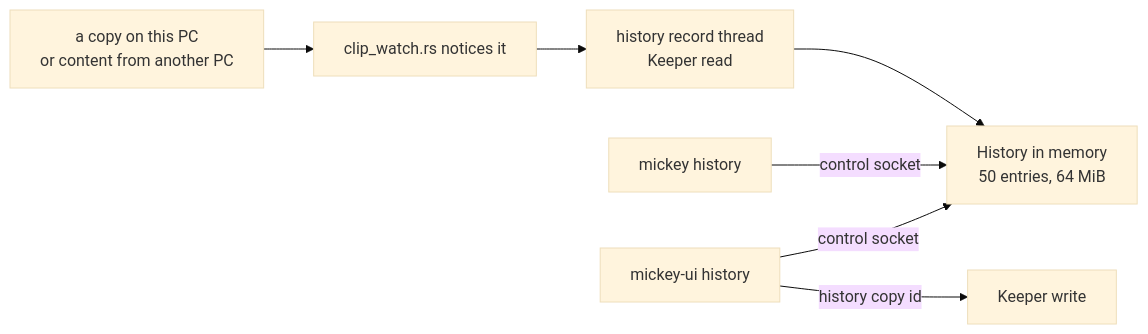
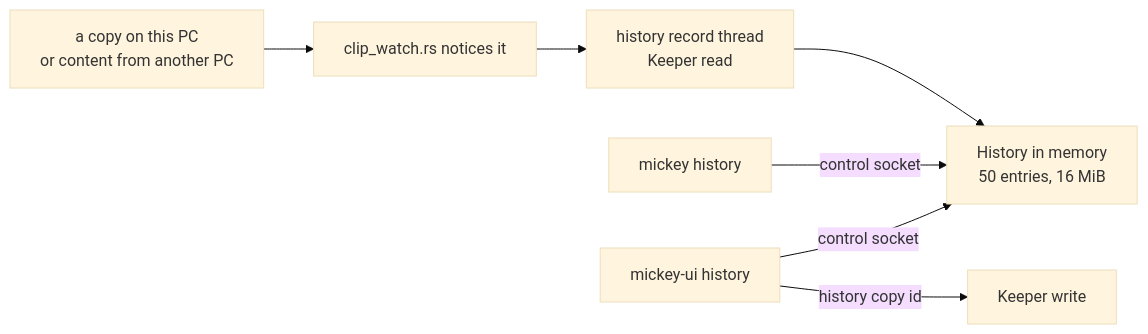
Before and after one commit to EduardoMG12/mickey: the eighth of 8 diagrams in docs/flows.md, drawn with Mermaid (base theme). The commit also changed 1 other file, not shown here.

Commit message:
docs(readme): rewrite everyday use, limits, security and the roadmap
The second half of the README still taught the M0 command line (target
--listen, source --to), said there were no screen edges, paired by
typing y after comparing fingerprints and listed a roadmap that is
mostly done. It now covers the hotkeys (with the way home), the
switcher, the clipboard and its history, the tray, commands and Waybar,
editing config.toml by hand, the limits that hold today, how pairing
proves no one is in between, building from source, and what comes next.
The diagram no longer names XTest, which Mickey does not use, and
flows.md gives the history's real cap, 16 MiB (history.rs).

Closes #174

````diff
--- a/docs/flows.md
+++ b/docs/flows.md
@@ -235,9 +235,9 @@
 ```mermaid
 flowchart LR
     copy["a copy on this PC<br/>or content from another PC"] --> watch["clip_watch.rs notices it"]
     watch --> rec["history record thread<br/>Keeper read"]
-    rec --> hist["History in memory<br/>50 entries, 64 MiB"]
+    rec --> hist["History in memory<br/>50 entries, 16 MiB"]
     cli["mickey history"] -->|control socket| hist
     win["mickey-ui history"] -->|control socket| hist
     win -->|history copy id| keeper["Keeper write"]
 ```
````
